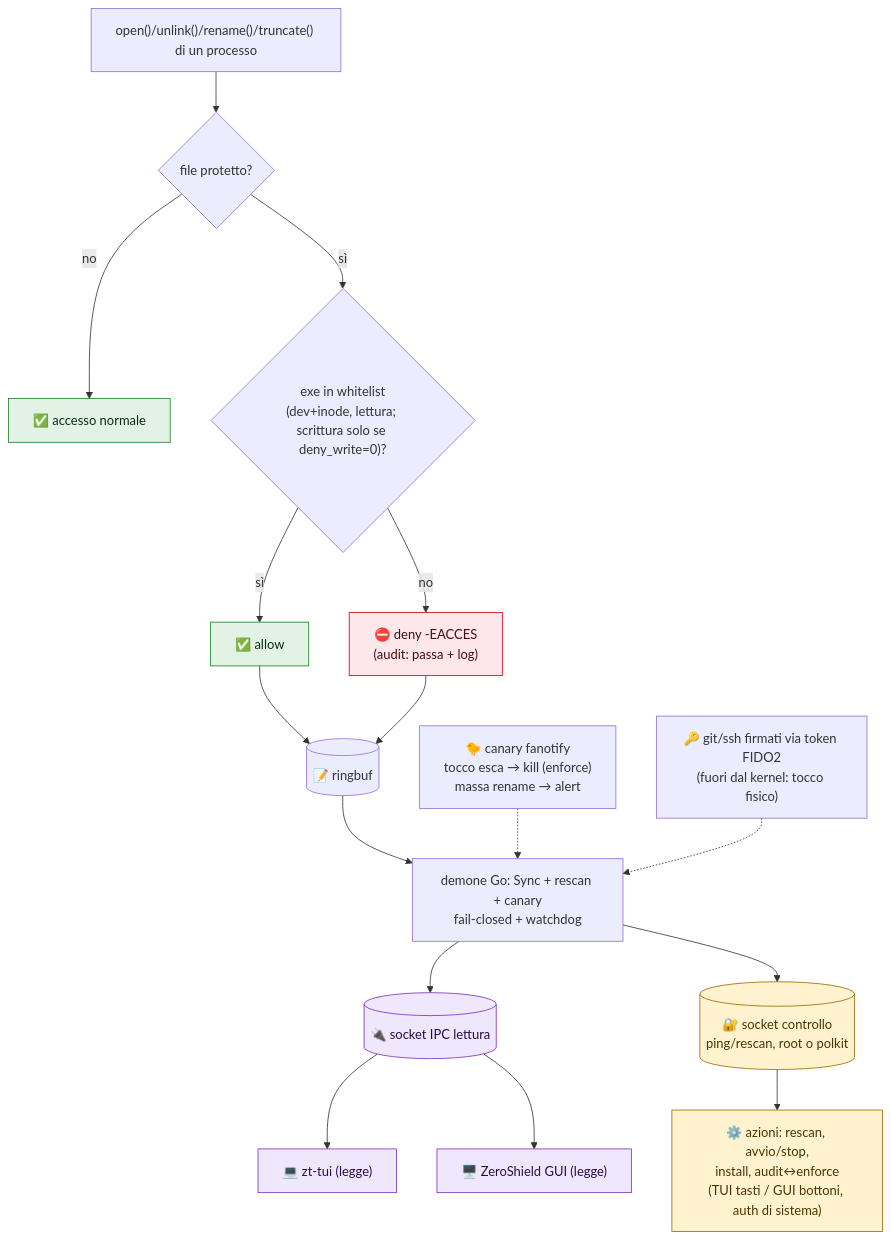
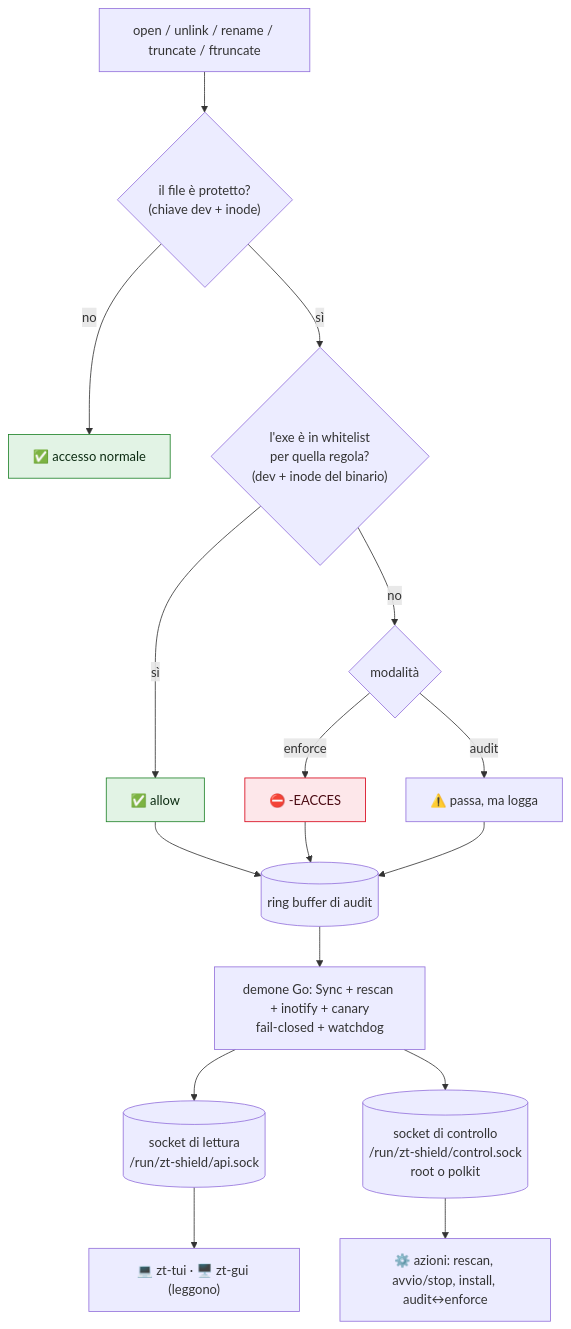
The second of 2 diagrams in README.md (ZioZoni95/ZeroShield), drawn with Mermaid before and after one commit. The commit also changed other lines of this file and 34 other files, not shown here.

First line of the commit message:
harden: canary owner/allow_exe/dropin, root daemon ignores env sockets, XDP QinQ+IPv6, LSM map caps + inotify rescan (#23)

````diff
--- a/README.md
+++ b/README.md
@@ -104,26 +146,20 @@
 ```mermaid
 flowchart TD
-    OPEN["open()/unlink()/rename()/truncate() di un processo"] --> PROT{"file protetto?"}
+    OP["open / unlink / rename / truncate / ftruncate"] --> PROT{"il file è protetto?<br/>(chiave dev + inode)"}
     PROT -- "no" --> OK["✅ accesso normale"]
-    PROT -- "sì" --> WL{"exe in whitelist<br/>(dev+inode, lettura; scrittura solo se deny_write=0)?"}
+    PROT -- "sì" --> WL{"l'exe è in whitelist<br/>per quella regola?<br/>(dev + inode del binario)"}
     WL -- "sì" --> ALLOW["✅ allow"]
-    WL -- "no" --> DENY["⛔ deny -EACCES<br/>(audit: passa + log)"]
-    ALLOW & DENY --> RING[("📝 ringbuf")]
-    RING --> DAEMON["demone Go: Sync + rescan + canary<br/>fail-closed + watchdog"]
-    CANARY["🐤 canary fanotify<br/>tocco esca → kill (enforce)<br/>massa rename → alert"] -.-> DAEMON
-    DAEMON --> SOCK[("🔌 socket IPC lettura")]
-    DAEMON --> CTRL[("🔐 socket controllo<br/>ping/rescan, root o polkit")]
-    SOCK --> TUI["💻 zt-tui (legge)"]
-    SOCK --> GUI["🖥️ ZeroShield GUI (legge)"]
-    CTRL --> ACT["⚙️ azioni: rescan, avvio/stop,<br/>install, audit↔enforce<br/>(TUI tasti / GUI bottoni, auth di sistema)"]
-    FIDO2["🔑 git/ssh firmati via token FIDO2<br/>(fuori dal kernel: tocco fisico)"] -.-> DAEMON
-
+    WL -- "no" --> MODE{"modalità"}
+    MODE -- "enforce" --> DENY["⛔ -EACCES"]
+    MODE -- "audit" --> LOG["⚠️ passa, ma logga"]
+    ALLOW & DENY & LOG --> RING[("ring buffer di audit")]
+    RING --> DAEMON["demone Go: Sync + rescan + inotify + canary<br/>fail-closed + watchdog"]
+    DAEMON --> SOCK[("socket di lettura<br/>/run/zt-shield/api.sock")]
+    DAEMON --> CTRL[("socket di controllo<br/>/run/zt-shield/control.sock<br/>root o polkit")]
+    SOCK --> UI["💻 zt-tui · 🖥️ zt-gui (leggono)"]
+    CTRL --> ACT["⚙️ azioni: rescan, avvio/stop, install, audit↔enforce"]
     classDef deny fill:#fde7ea,stroke:#d70015,color:#4a0a12;
     classDef ok fill:#e2f3e5,stroke:#1d8127,color:#0c2b12;
-    classDef ipc fill:#efe7fb,stroke:#7b2fbe,color:#2a0a4a;
-    classDef act fill:#fff3cf,stroke:#9a6a00,color:#4a3500;
     class DENY deny;
     class OK,ALLOW ok;
-    class SOCK,TUI,GUI ipc;
-    class CTRL,ACT act;
 ```
````
